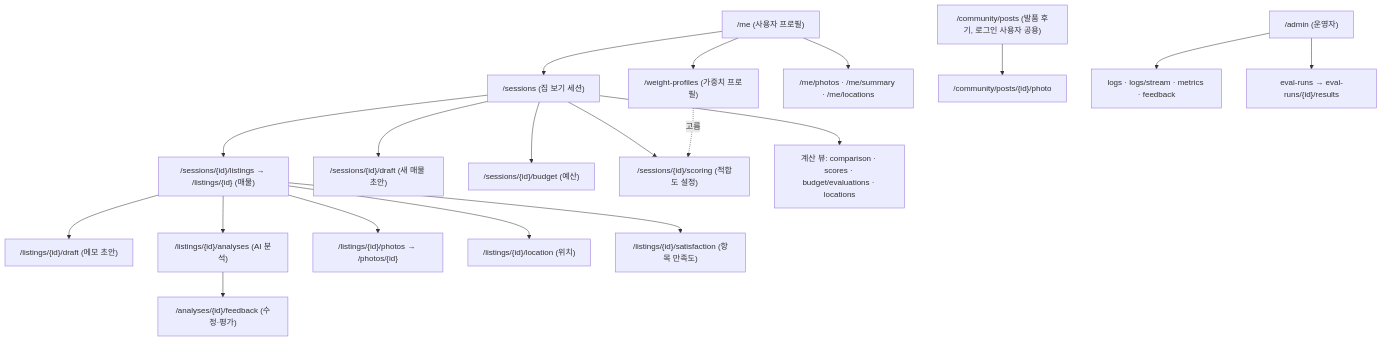
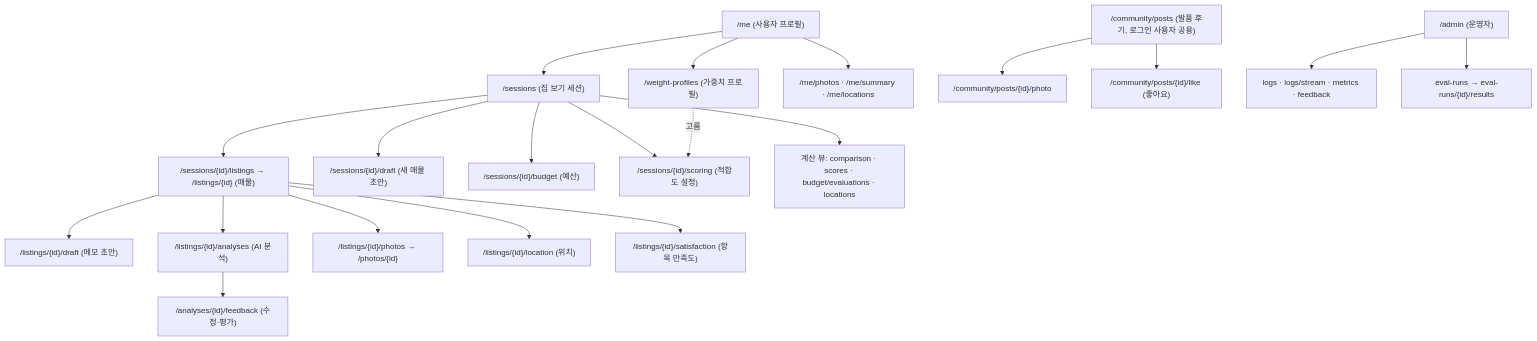
One commit to byeon2261/aio-03-p1-team3 changed the second of 2 diagrams in docs/API_DESIGN.md. Above: the diagram before and after it, drawn with Mermaid. The commit also changed other lines of this file and 16 other files, not shown here.

````diff
--- a/docs/API_DESIGN.md
+++ b/docs/API_DESIGN.md
@@ -100,21 +100,22 @@
 ```mermaid
 flowchart TD
     ME["/me (사용자 프로필)"] --> S["/sessions (집 보기 세션)"]
     ME --> WP["/weight-profiles (가중치 프로필)"]
     ME --> MP["/me/photos · /me/summary · /me/locations"]
     S --> L["/sessions/{id}/listings → /listings/{id} (매물)"]
     S --> SD["/sessions/{id}/draft (새 매물 초안)"]
     S --> B["/sessions/{id}/budget (예산)"]
     S --> SC["/sessions/{id}/scoring (적합도 설정)"]
     S --> V["계산 뷰: comparison · scores · budget/evaluations · locations"]
     L --> LD["/listings/{id}/draft (메모 초안)"]
     L --> AN["/listings/{id}/analyses (AI 분석)"]
     AN --> FB["/analyses/{id}/feedback (수정·평가)"]
     L --> PH["/listings/{id}/photos → /photos/{id}"]
     L --> LO["/listings/{id}/location (위치)"]
     L --> SA["/listings/{id}/satisfaction (항목 만족도)"]
     WP -. 고름 .-> SC
     CP["/community/posts (발품 후기, 로그인 사용자 공용)"] --> CPP["/community/posts/{id}/photo"]
+    CP --> CPL["/community/posts/{id}/like (좋아요)"]
     ADM["/admin (운영자)"] --> AL["logs · logs/stream · metrics · feedback"]
     ADM --> EV["eval-runs → eval-runs/{id}/results"]
 ```
````
